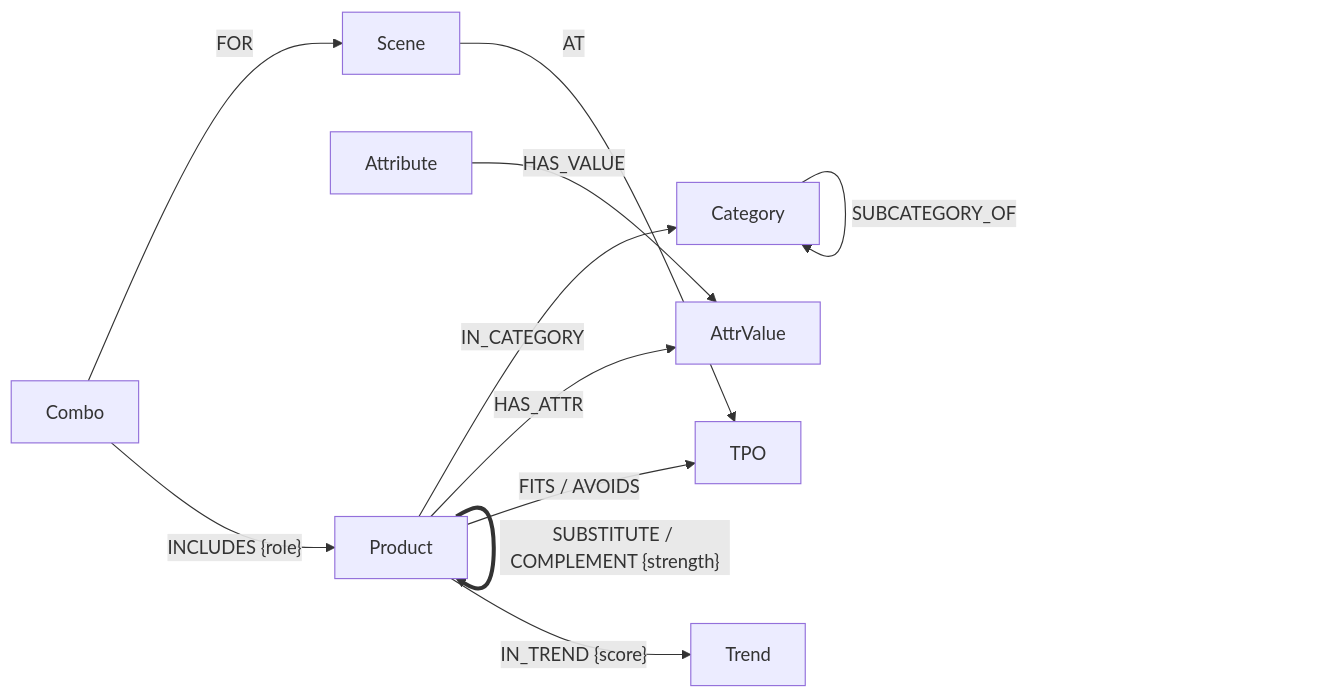
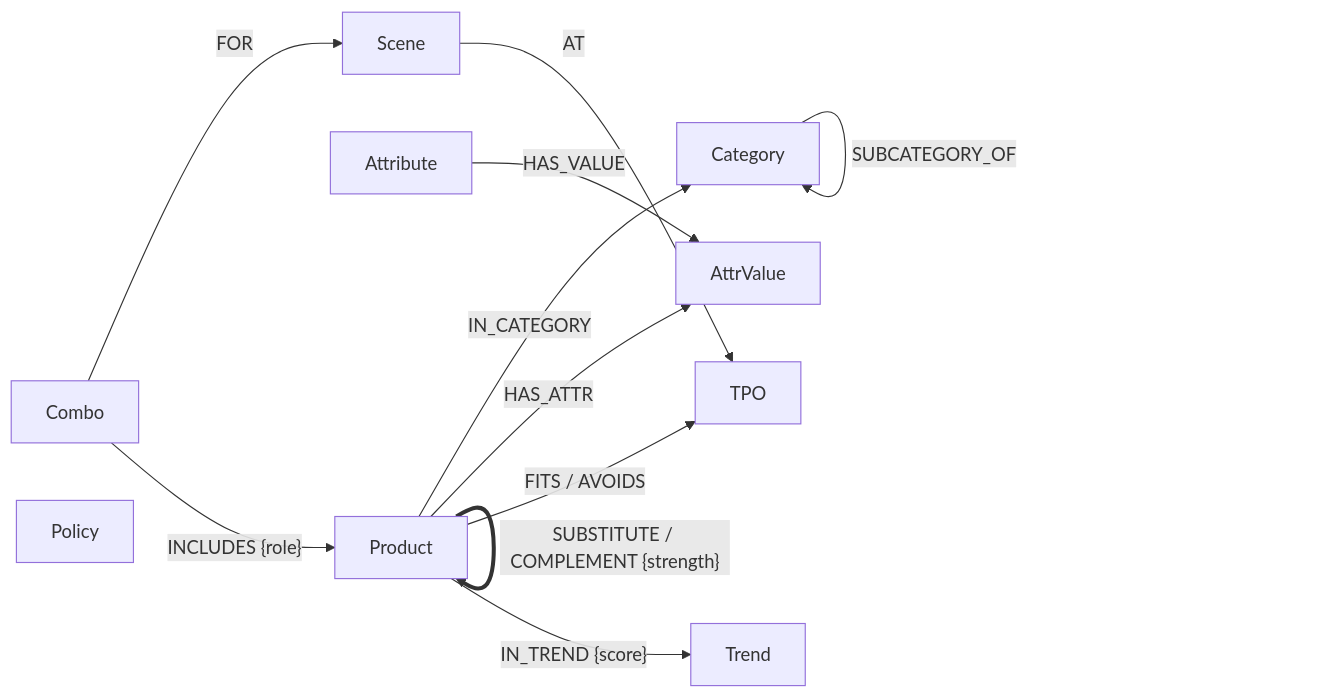
Before and after one commit to aeeengsungwoo/cvs-taxonomy: the second of 2 diagrams in README.md, drawn with Mermaid. The commit also changed other lines of this file and 17 other files, not shown here.

````diff
--- a/README.md
+++ b/README.md
@@ -81,13 +94,14 @@
 ```mermaid
 flowchart LR
   Cat[Category] -- SUBCATEGORY_OF --> Cat
   P[Product] -- IN_CATEGORY --> Cat
   P -- HAS_ATTR --> V[AttrValue]
   A[Attribute] -- HAS_VALUE --> V
   P -- "FITS / AVOIDS" --> T[TPO]
   S[Scene] -- AT --> T
   C[Combo] -- FOR --> S
   C -- "INCLUDES {role}" --> P
   P == "SUBSTITUTE / COMPLEMENT {strength}" ==> P
   P -- "IN_TREND {score}" --> Tr[Trend]
+  Pol[Policy]
 ```
````
